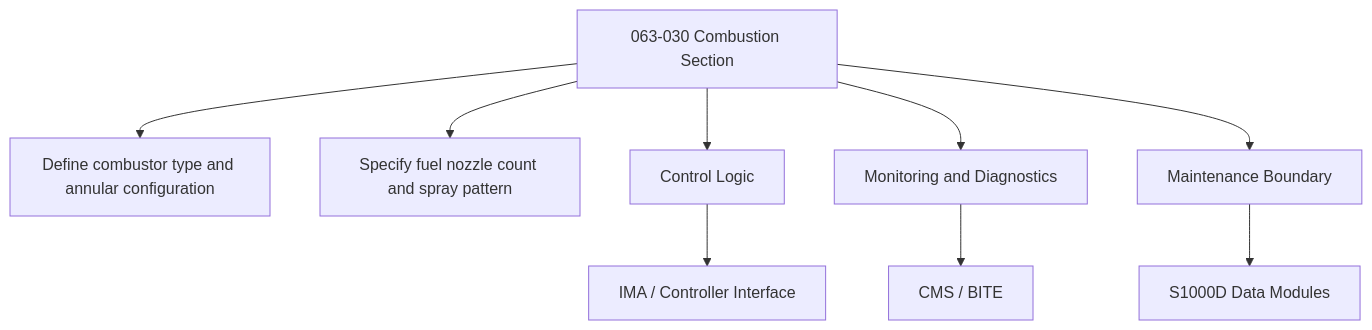
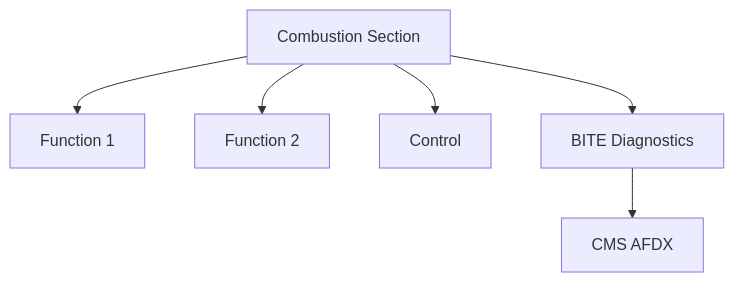
The second of 2 diagrams in Q+ATLANTIDE/000-099_ATLAS/060-069_Propulsion-Tradicional/063_Engine-Turbine/063-030-Combustion-Section.md (AmedeoPelliccia/Qplus-For-All-Queer-People-and-Quantum), drawn with Mermaid before and after one commit. The commit also changed other lines of this file and 74 other files, not shown here.

````diff
--- a/Q+ATLANTIDE/000-099_ATLAS/060-069_Propulsion-Tradicional/063_Engine-Turbine/063-030-Combustion-Section.md
+++ b/Q+ATLANTIDE/000-099_ATLAS/060-069_Propulsion-Tradicional/063_Engine-Turbine/063-030-Combustion-Section.md
@@ -172,11 +96,8 @@
 ```mermaid
 flowchart TB
-    SYS[063-030 Combustion Section] --> F1[Define combustor type and annular configuration]
-    SYS --> F2[Specify fuel nozzle count and spray pattern]
-    SYS --> CTRL[Control Logic]
-    SYS --> MON[Monitoring and Diagnostics]
-    SYS --> MAINT[Maintenance Boundary]
-    CTRL --> IMA[IMA / Controller Interface]
-    MON --> CMS[CMS / BITE]
-    MAINT --> CSDB[S1000D Data Modules]
+    SYS[Combustion Section] --> F1[Function 1]
+    SYS --> F2[Function 2]
+    SYS --> CTRL[Control]
+    SYS --> MON[BITE Diagnostics]
+    MON --> CMS[CMS AFDX]
 ```
````
